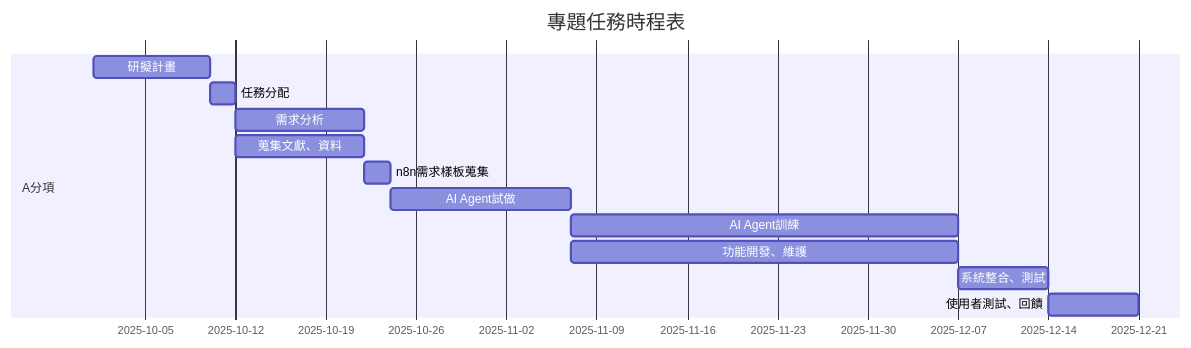
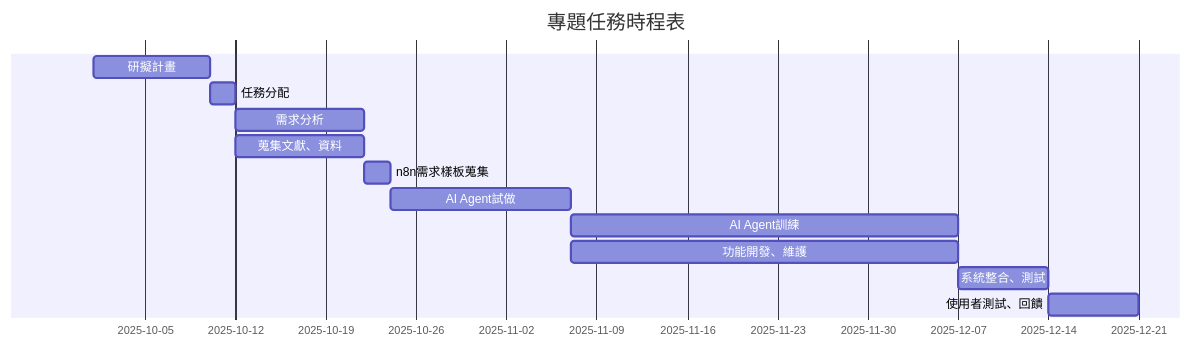
Before and after one commit to zombie942018/groupwork: the first of 2 diagrams in GHW_2.md, drawn with Mermaid.

````diff
--- a/GHW_2.md
+++ b/GHW_2.md
@@ -11,18 +11,17 @@
 ```mermaid
 gantt
 dateFormat  YYYY-MM-DD
 title 專題任務時程表
 excludes weekdays 
 
-section A分項
 研擬計畫   :         des1, 2025-10-01,2025-10-10
 任務分配   :         des2, after des1, 2d
 需求分析   :         des3, after des2, 10d
 蒐集文獻、資料   :         des4, after des2, 10d
 n8n需求樣板蒐集   :         des5, after des3, 2d
 AI Agent試做   :         des6, after des4 des5, 14d
 AI Agent訓練   :      des7, after des6, 30d
 功能開發、維護   :         des8, after des6, 30d
 系統整合、測試   :         des9, after des7 des8, 7d
 使用者測試、回饋   :       des10, after des9, 7d
 ```
````
